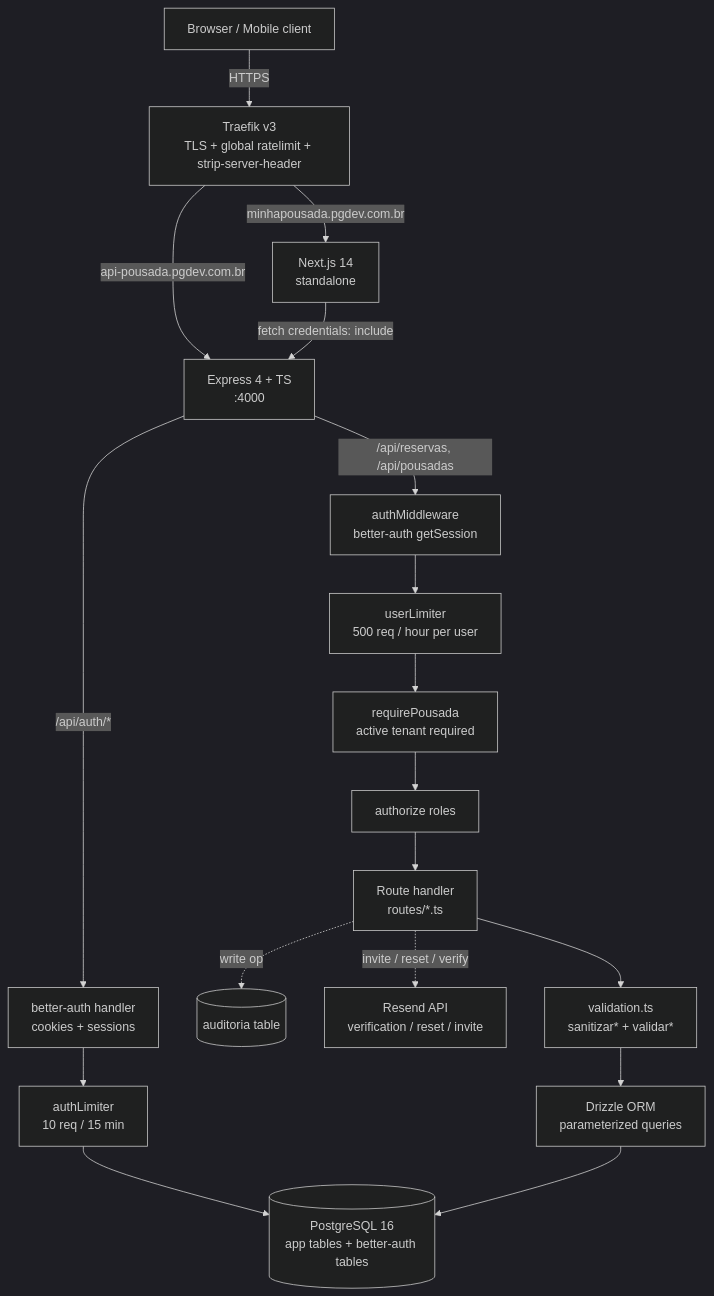
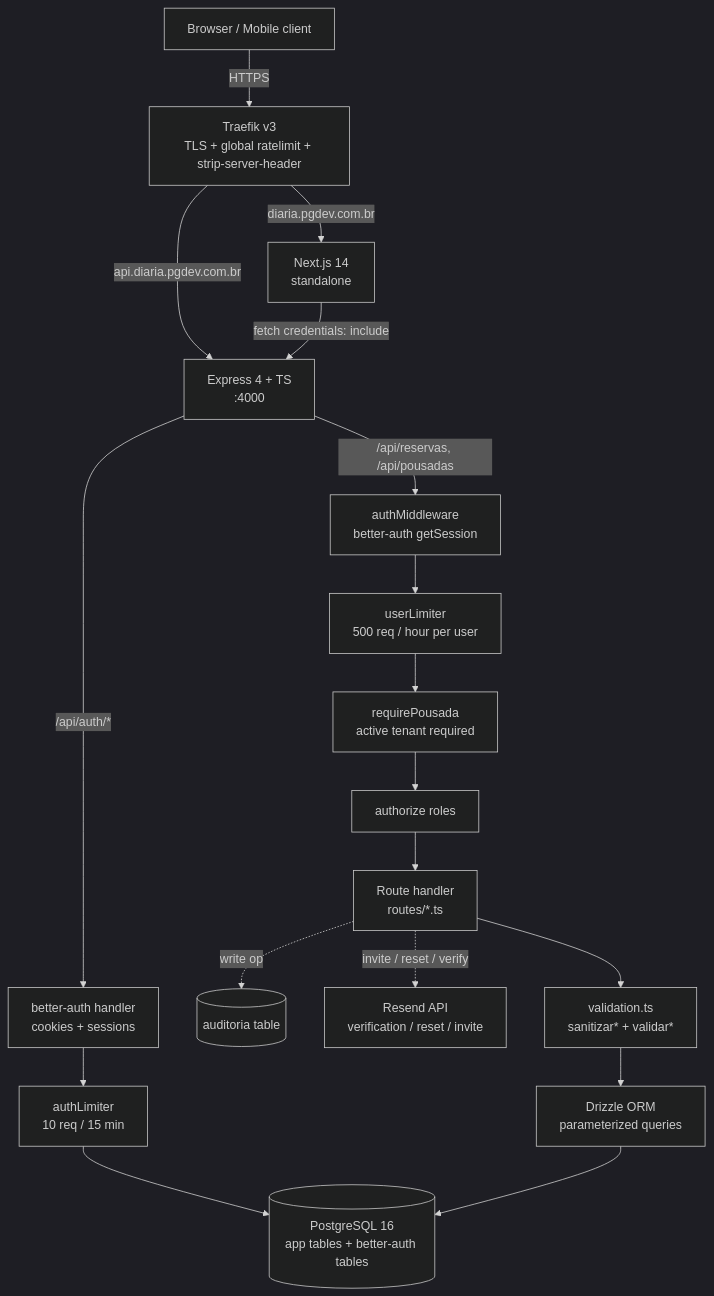
The first of 3 diagrams in README.md (DevPedroGomes/Reservas_Pousada), drawn with Mermaid (dark theme) before and after one commit. The commit also changed other lines of this file and 7 other files, not shown here.

````diff
--- a/README.md
+++ b/README.md
@@ -22,38 +22,38 @@
 ```mermaid
 flowchart TD
     Client[Browser / Mobile client]
     Traefik[Traefik v3<br/>TLS + global ratelimit + strip-server-header]
     Frontend[Next.js 14<br/>standalone]
     Backend[Express 4 + TS<br/>:4000]
     AuthMW[authMiddleware<br/>better-auth getSession]
     AuthLimit[authLimiter<br/>10 req / 15 min]
     UserLimit[userLimiter<br/>500 req / hour per user]
     ReqPousada[requirePousada<br/>active tenant required]
     Authorize[authorize roles]
     Routes[Route handler<br/>routes/*.ts]
     Sanitize[validation.ts<br/>sanitizar* + validar*]
     Drizzle[Drizzle ORM<br/>parameterized queries]
     PG[(PostgreSQL 16<br/>app tables + better-auth tables)]
     Audit[(auditoria table)]
     Resend[Resend API<br/>verification / reset / invite]
 
     Client -->|HTTPS| Traefik
-    Traefik -->|minhapousada.pgdev.com.br| Frontend
-    Traefik -->|api-pousada.pgdev.com.br| Backend
+    Traefik -->|diaria.pgdev.com.br| Frontend
+    Traefik -->|api.diaria.pgdev.com.br| Backend
     Frontend -->|fetch credentials: include| Backend
 
     Backend -->|/api/auth/*| BetterAuth[better-auth handler<br/>cookies + sessions]
     BetterAuth --> AuthLimit
     AuthLimit --> PG
 
     Backend -->|/api/reservas, /api/pousadas| AuthMW
     AuthMW --> UserLimit
     UserLimit --> ReqPousada
     ReqPousada --> Authorize
     Authorize --> Routes
     Routes --> Sanitize
     Sanitize --> Drizzle
     Drizzle --> PG
     Routes -.write op.-> Audit
     Routes -.invite / reset / verify.-> Resend
 ```
````
